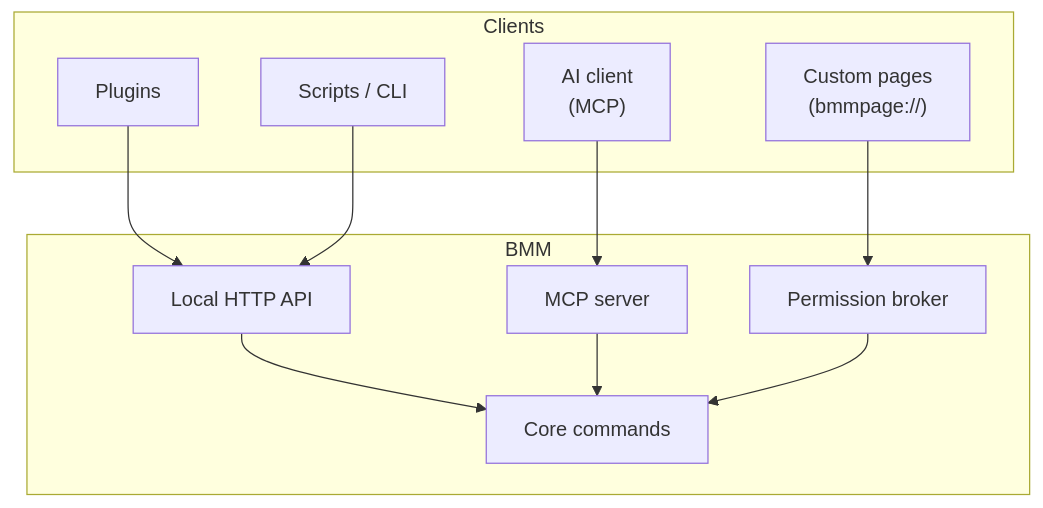
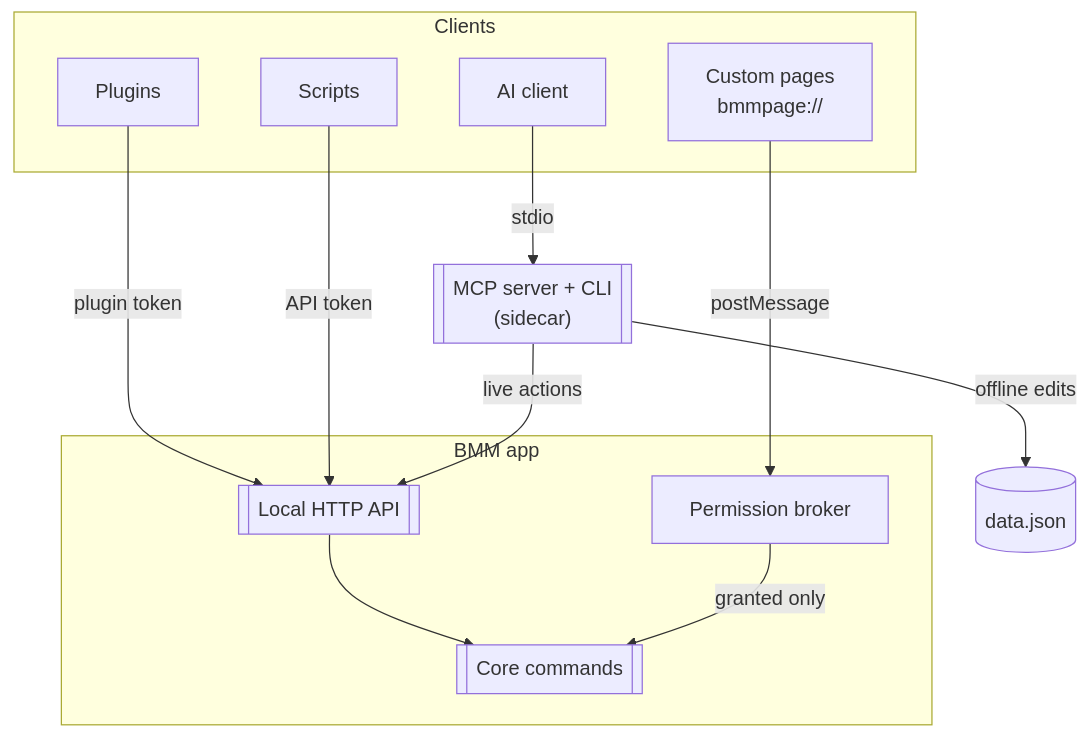
One commit to FreeProject089/BetterModsManager changed the first of 3 diagrams in frontend/assets/docs/en/how-it-works/extending.md. Above: the diagram before and after it, drawn with Mermaid. The commit also changed other lines of this file and 176 other files, not shown here.

````diff
--- a/frontend/assets/docs/en/how-it-works/extending.md
+++ b/frontend/assets/docs/en/how-it-works/extending.md
@@ -8,22 +8,24 @@
 ```mermaid
-flowchart TB
-    subgraph Clients
+flowchart TD
+    subgraph CLIENTS["Clients"]
         PLUG["Plugins"]
-        SCRIPT["Scripts / CLI"]
-        AI["AI client<br/>(MCP)"]
-        PAGE["Custom pages<br/>(bmmpage://)"]
+        SCRIPT["Scripts"]
+        AI["AI client"]
+        PAGE["Custom pages<br/>bmmpage://"]
     end
-    subgraph BMM
-        API["Local HTTP API"]
-        MCP["MCP server"]
+    MCP[["MCP server + CLI<br/>(sidecar)"]]
+    subgraph APP["BMM app"]
+        API[["Local HTTP API"]]
         BROKER["Permission broker"]
-        CORE["Core commands"]
+        CORE[["Core commands"]]
     end
-    PLUG --> API
-    SCRIPT --> API
-    AI --> MCP
-    PAGE --> BROKER
+    DATA[("data.json")]
+    PLUG -- "plugin token" --> API
+    SCRIPT -- "API token" --> API
+    AI -- "stdio" --> MCP
+    MCP -- "live actions" --> API
+    MCP -- "offline edits" --> DATA
+    PAGE -- "postMessage" --> BROKER
     API --> CORE
-    MCP --> CORE
-    BROKER --> CORE
+    BROKER -- "granted only" --> CORE
 ```
````
